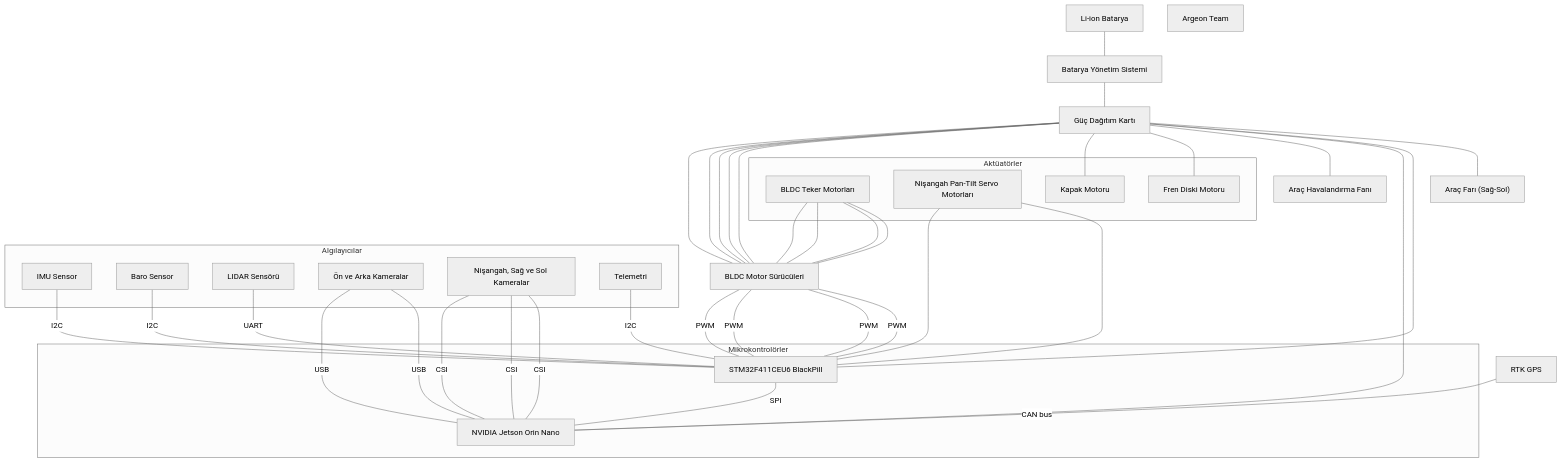
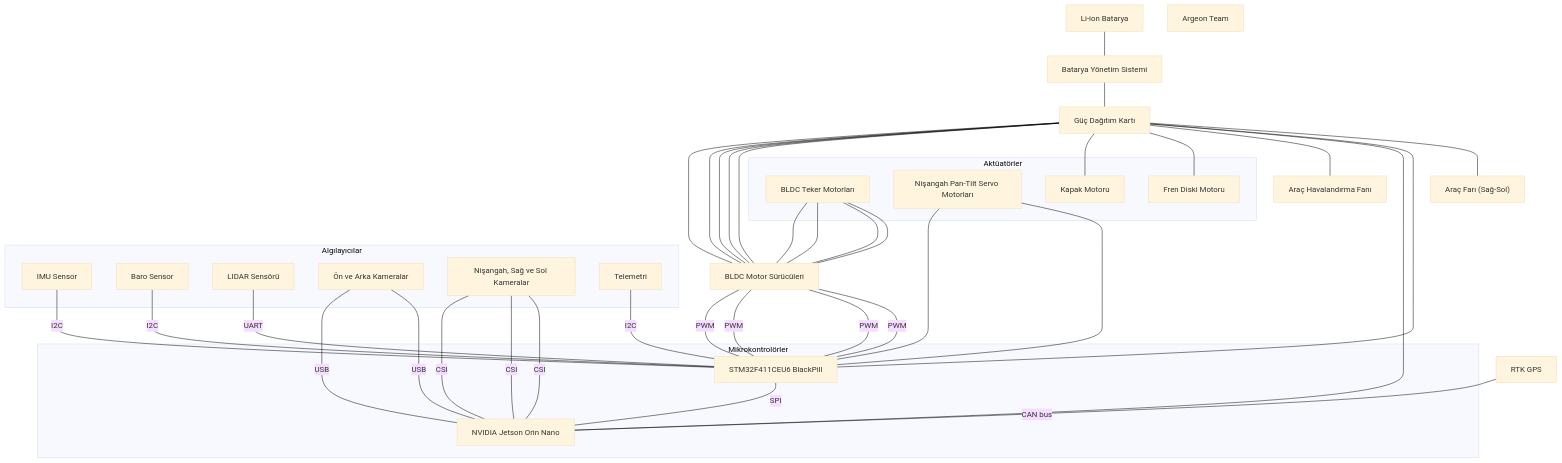
The diagram in autopilot_diagram.md (ahmetsalihbalandi/autopilot), drawn with Mermaid before and after one commit.

````diff
--- a/autopilot_diagram.md
+++ b/autopilot_diagram.md
@@ -1,48 +1,48 @@
 ```mermaid
 ---
 config:
-  theme: neutral
+  theme: base
   themeVariables:
     background: "#ffffff"
 ---
 flowchart TD
  subgraph s1["Mikrokontrolörler"]
         Jetson_Nano["NVIDIA Jetson Orin Nano"]
         STM["STM32F411CEU6 BlackPill"]
   end
  subgraph s2["Algılayıcılar"]
         IMU["IMU Sensor"]
         Baro["Baro Sensor"]
         LIDAR["LIDAR Sensörü"]
         Camera1["Ön ve Arka Kameralar"]
 	Camera2["Nişangah, Sağ ve Sol Kameralar"]
         Telemetry["Telemetri"]
   end
  subgraph s3["Aktüatörler"]
         Motors["BLDC Teker Motorları"]
         sMotors["Nişangah Pan-Tilt Servo Motorları"]
 	fMotor["Fren Diski Motoru"]
 	kMotor["Kapak Motoru"]
   end
     Motors --- Drivers["BLDC Motor Sürücüleri"] & Drivers & Drivers & Drivers
     Battery["Li-ion Batarya"] --- BMS["Batarya Yönetim Sistemi"]
     BMS["Batarya Yönetim Sistemi"] --- Distributor["Güç Dağıtım Kartı"]
     Distributor & Distributor & Distributor & Distributor & Distributor --- Drivers
     Distributor --- kMotor & fMotor
     Distributor --- Havalandırma["Araç Havalandırma Fanı"]
     Drivers -- PWM --- STM & STM & STM & STM
     LIDAR -- UART --- STM
     IMU -- I2C --- STM
     Baro -- I2C --- STM
     Telemetry -- I2C --- STM
     GPS["RTK GPS"] -- CAN bus --- Jetson_Nano
     Camera1 & Camera1 -- USB --- Jetson_Nano
     Camera2 & Camera2 & Camera2 -- CSI --- Jetson_Nano
     STM -- SPI --- Jetson_Nano
     Distributor --- Jetson_Nano
     Distributor --- STM
     Distributor --- Far["Araç Farı (Sağ-Sol)"]
     sMotors --- STM & STM
 classDef footer fill:none,stroke:none,color:#000, font-style:italic;
 footer["Argeon Team"]
 ```
````
